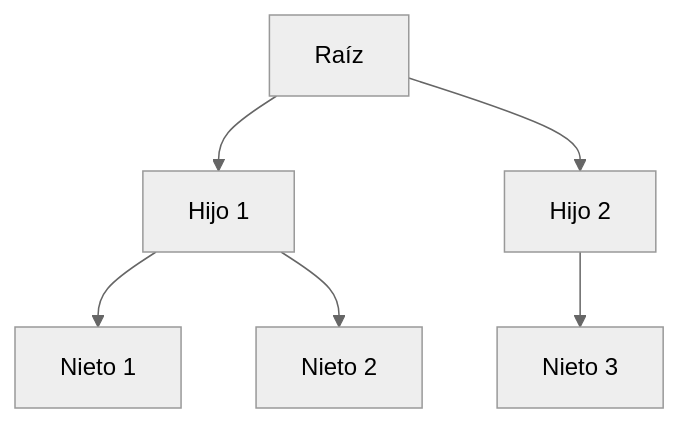
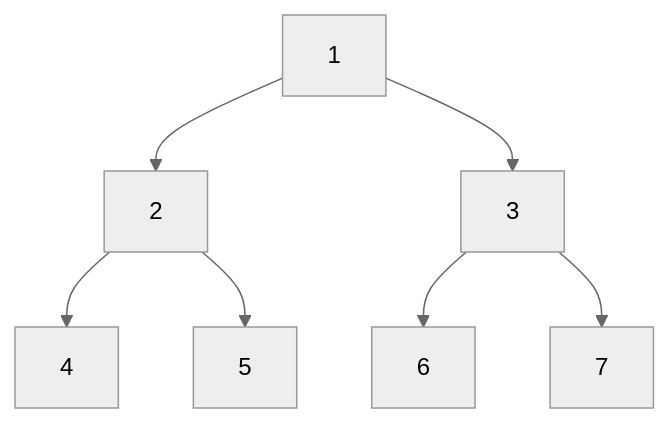
One commit to AndresManuelArias/statistical_study changed diagram 19 of 20 in docs/matematica_discreta/07_grafos/07_grafos.md. Above: the diagram before and after it, drawn with Mermaid (neutral theme). The commit also changed other lines of this file and 1 other file, not shown here.

First line of the commit message:
feat: expand section 7.5 Árboles in graph unit

````diff
--- a/docs/matematica_discreta/07_grafos/07_grafos.md
+++ b/docs/matematica_discreta/07_grafos/07_grafos.md
@@ -435,8 +506,9 @@
 ```mermaid
 flowchart TB
-    raiz["Raíz"] --> h1["Hijo 1"]
-    raiz --> h2["Hijo 2"]
-    h1 --> n1["Nieto 1"]
-    h1 --> n2["Nieto 2"]
-    h2 --> n3["Nieto 3"]
+    A["1"] --> B["2"]
+    A --> C["3"]
+    B --> D["4"]
+    B --> E["5"]
+    C --> F["6"]
+    C --> G["7"]
 ```
````
